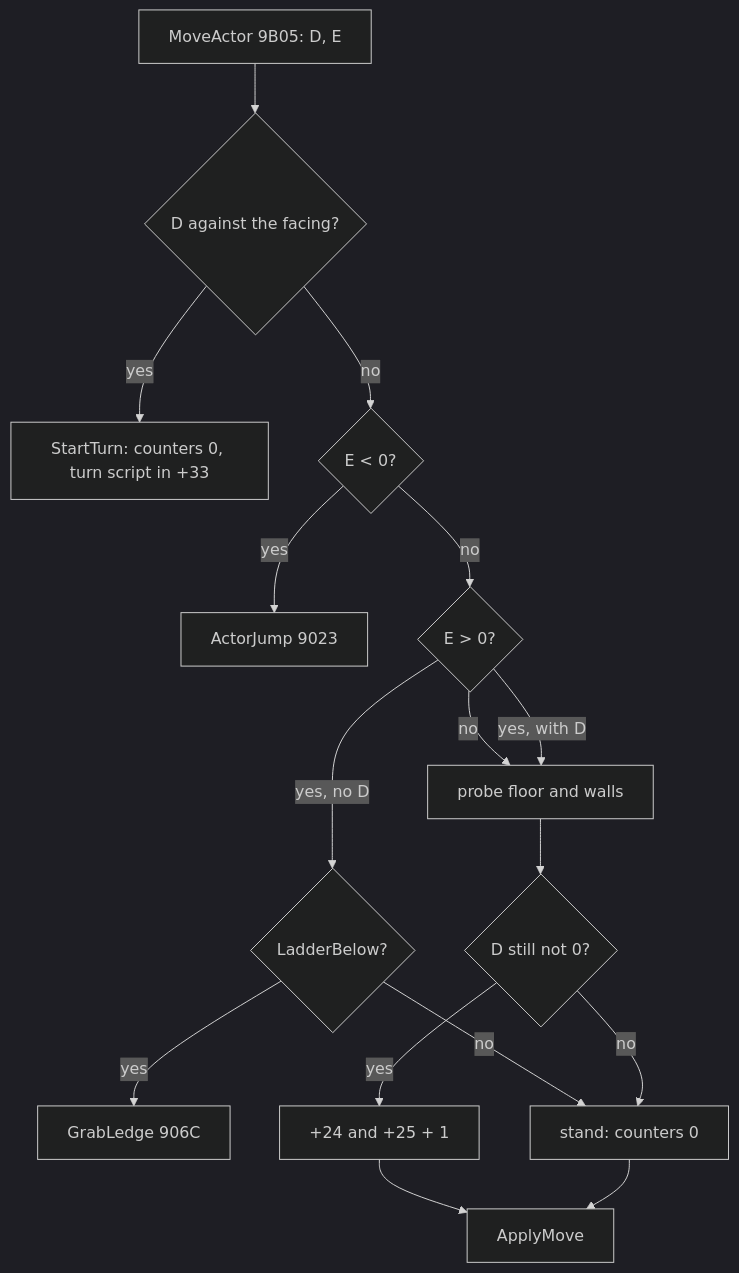
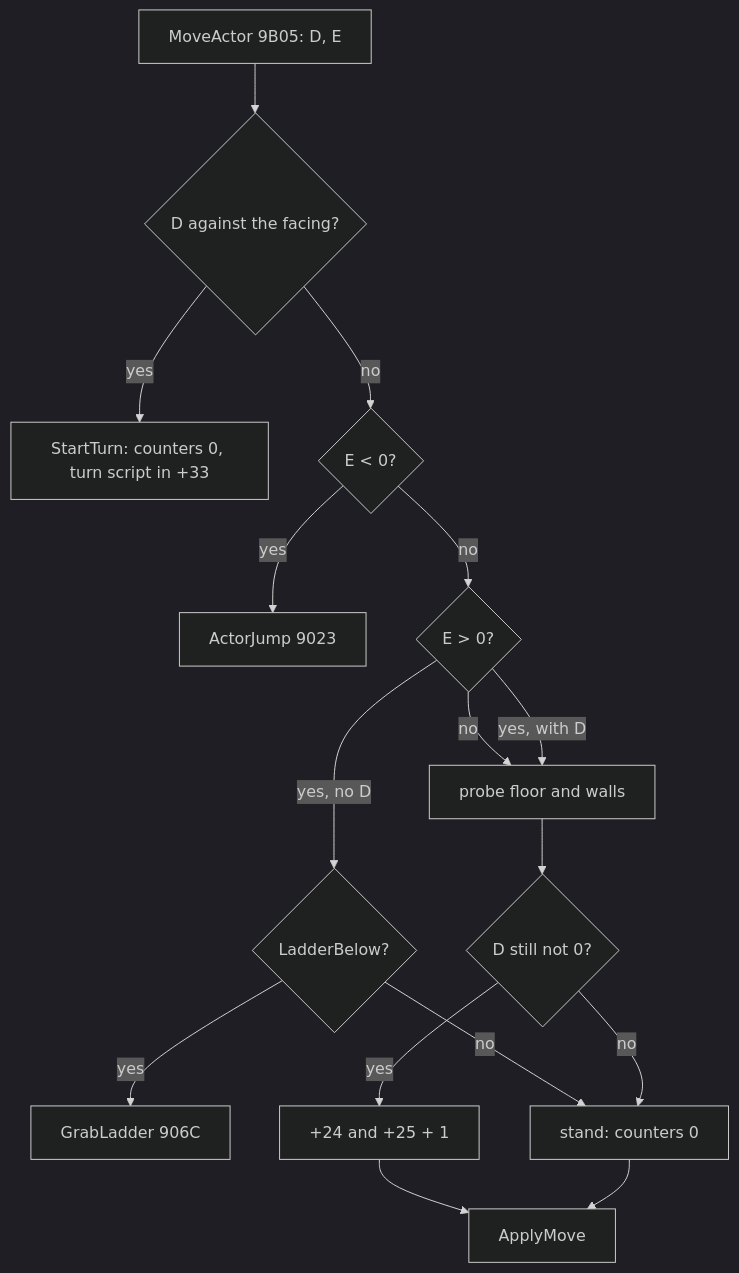
The second of 15 diagrams in games/switchblade/docs/10-gameplay-logic.md (alfishe/unrealng-reverse-cases), drawn with Mermaid (dark theme) before and after one commit. The commit also changed other lines of this file and 95 other files, not shown here.

````diff
--- a/games/switchblade/docs/10-gameplay-logic.md
+++ b/games/switchblade/docs/10-gameplay-logic.md
@@ -246,18 +246,18 @@
 ```mermaid
 flowchart TD
     M["MoveActor 9B05: D, E"] --> T{"D against the facing?"}
     T -->|"yes"| TU["StartTurn: counters 0, turn script in +33"]
     T -->|"no"| U{"E < 0?"}
     U -->|"yes"| J["ActorJump 9023"]
     U -->|"no"| DN{"E > 0?"}
     DN -->|"no"| W["probe floor and walls"]
     DN -->|"yes, with D"| W
     DN -->|"yes, no D"| LB{"LadderBelow?"}
-    LB -->|"yes"| G["GrabLedge 906C"]
+    LB -->|"yes"| G["GrabLadder 906C"]
     LB -->|"no"| S["stand: counters 0"]
     W --> X{"D still not 0?"}
     X -->|"yes"| C["+24 and +25 + 1"]
     X -->|"no"| S
     C --> A["ApplyMove"]
     S --> A
 ```
````
